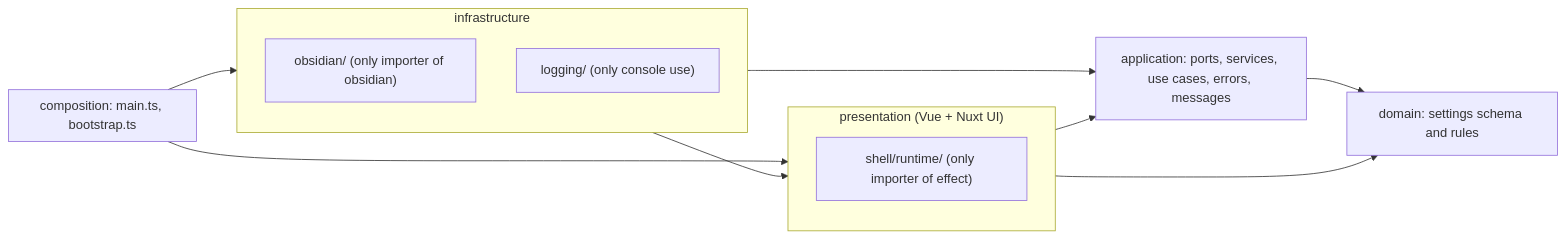
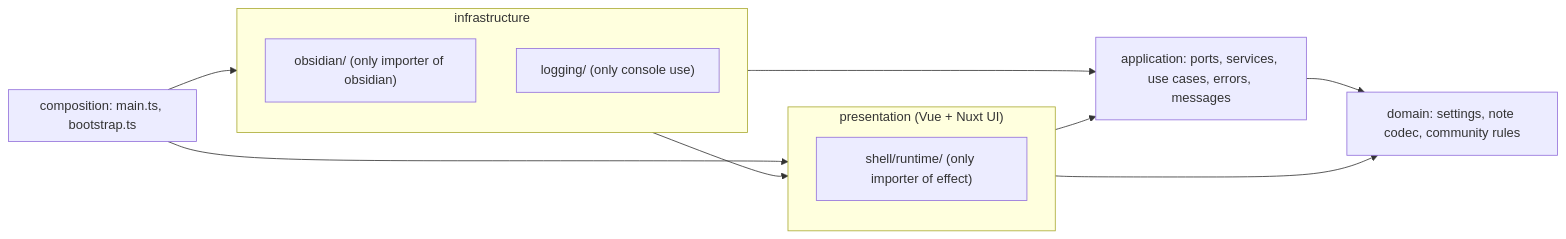
The first of 2 diagrams in docs/engineering/architecture.md (Luis85/weg-manager), drawn with Mermaid before and after one commit. The commit also changed other lines of this file and 146 other files, not shown here.

````diff
--- a/docs/engineering/architecture.md
+++ b/docs/engineering/architecture.md
@@ -5,22 +5,22 @@
 ```mermaid
 flowchart LR
   subgraph composition["composition: main.ts, bootstrap.ts"]
   end
   subgraph infra["infrastructure"]
     obs["obsidian/ (only importer of obsidian)"]
     logging["logging/ (only console use)"]
   end
   subgraph pres["presentation (Vue + Nuxt UI)"]
     rt["shell/runtime/ (only importer of effect)"]
   end
   app["application: ports, services, use cases, errors, messages"]
-  dom["domain: settings schema and rules"]
+  dom["domain: settings, note codec, community rules"]
 
   composition --> infra
   composition --> pres
   infra --> pres
   infra --> app
   pres --> app
   app --> dom
   pres --> dom
 ```
````
